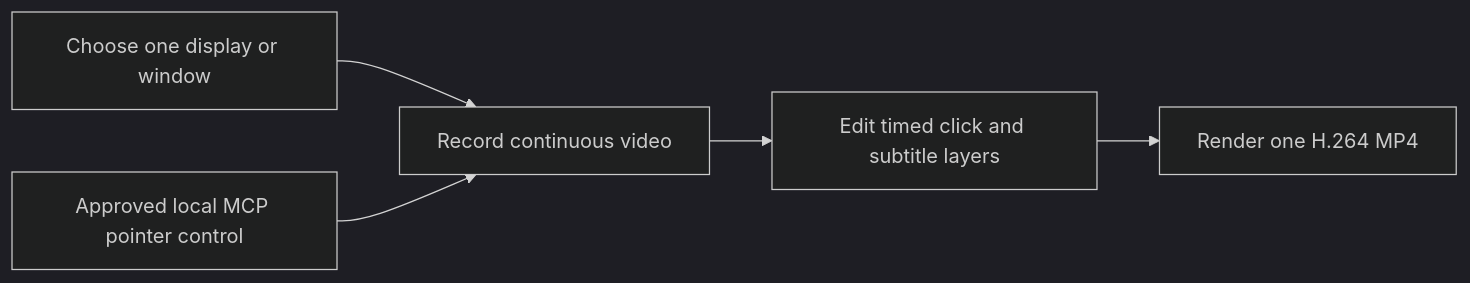
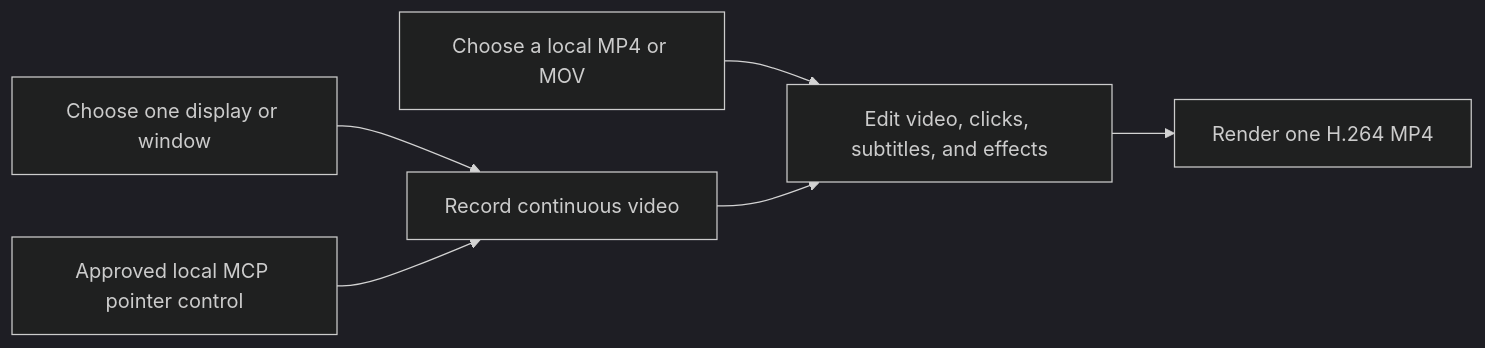
Before and after one commit to haandol/storybird: the diagram in README.md, drawn with Mermaid (dark theme). The commit also changed other lines of this file and 49 other files, not shown here.

Commit message:
feat(authoring): add video import and local voice narration

````diff
--- a/README.md
+++ b/README.md
@@ -17,7 +17,8 @@
 ```mermaid
 flowchart LR
     Source["Choose one display or window"] --> Record["Record continuous video"]
-    Record --> Timeline["Edit timed click and subtitle layers"]
+    Import["Choose a local MP4 or MOV"] --> Timeline["Edit video, clicks, subtitles, and effects"]
+    Record --> Timeline
     Timeline --> Export["Render one H.264 MP4"]
     Agent["Approved local MCP pointer control"] --> Record
 ```
````
